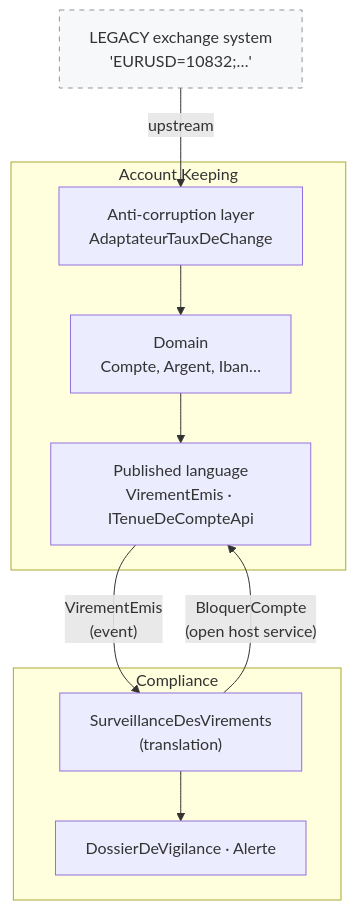
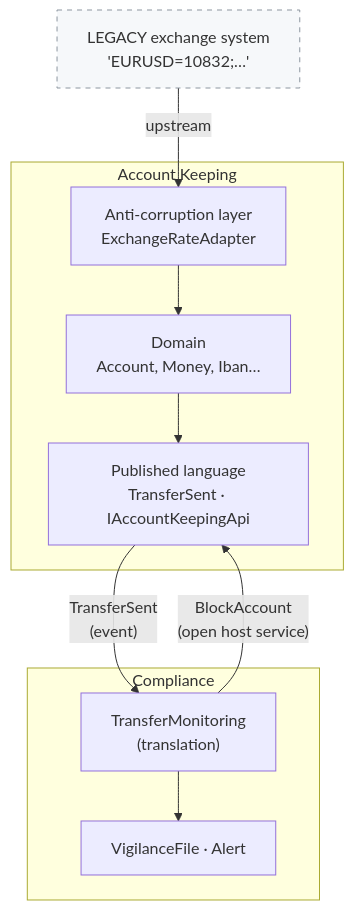
Before and after one commit to drangoht/ArchitecturesDemo: the second of 4 diagrams in Docs/en/11-ddd.md, drawn with Mermaid. The commit also changed other lines of this file and 78 other files, not shown here.

First line of the commit message:
Docs EN : identifiants, liens, diagrammes et sorties alignés sur le code anglais

````diff
--- a/Docs/en/11-ddd.md
+++ b/Docs/en/11-ddd.md
@@ -51,21 +50,21 @@
 ```mermaid
 flowchart TB
     H["LEGACY exchange system<br/>'EURUSD=10832;…'"]
     subgraph TDC["Account Keeping"]
-        ACL["Anti-corruption layer<br/>AdaptateurTauxDeChange"]
-        Dom["Domain<br/>Compte, Argent, Iban…"]
-        PL["Published language<br/>VirementEmis · ITenueDeCompteApi"]
+        ACL["Anti-corruption layer<br/>ExchangeRateAdapter"]
+        Dom["Domain<br/>Account, Money, Iban…"]
+        PL["Published language<br/>TransferSent · IAccountKeepingApi"]
         ACL --> Dom --> PL
     end
     subgraph CONF["Compliance"]
-        Surv["SurveillanceDesVirements<br/>(translation)"]
-        Dos["DossierDeVigilance · Alerte"]
+        Surv["TransferMonitoring<br/>(translation)"]
+        Dos["VigilanceFile · Alert"]
         Surv --> Dos
     end
     H -->|"upstream"| ACL
-    PL -->|"VirementEmis<br/>(event)"| Surv
-    Surv -->|"BloquerCompte<br/>(open host service)"| PL
+    PL -->|"TransferSent<br/>(event)"| Surv
+    Surv -->|"BlockAccount<br/>(open host service)"| PL
 
     classDef ext fill:#f6f8fa,stroke:#8c959f,stroke-dasharray: 5 5
     class H ext
 ```
````
